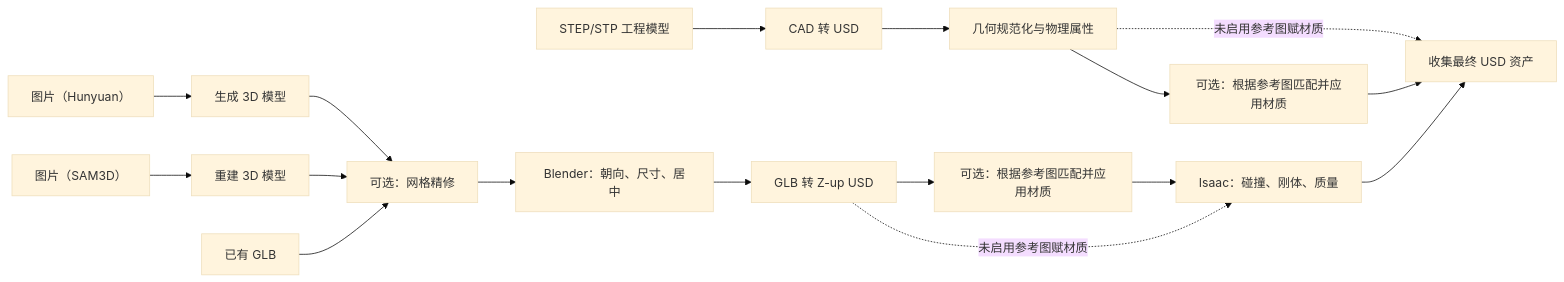
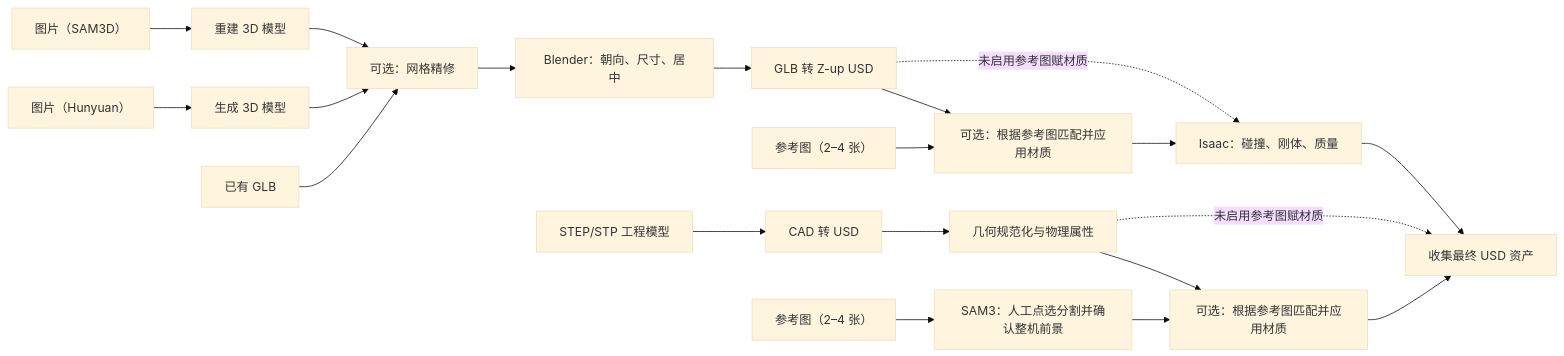
One commit to xia13111-coder/hunyuan_creation_pipeline changed the diagram in docs/assets/diagrams/pipeline-flow.zh.mmd. Above: the diagram before and after it, drawn with Mermaid (base theme). The commit also changed 53 other files, not shown here.

```diff
--- a/docs/assets/diagrams/pipeline-flow.zh.mmd
+++ b/docs/assets/diagrams/pipeline-flow.zh.mmd
@@ -1,19 +1,22 @@
 flowchart LR
     H[图片（Hunyuan）] --> HG[生成 3D 模型]
     HG --> R[可选：网格精修]
     S[图片（SAM3D）] --> SG[重建 3D 模型]
     SG --> R
     E[已有 GLB] --> R
     R --> B[Blender：朝向、尺寸、居中]
     B --> U[GLB 转 Z-up USD]
     U --> GV[可选：根据参考图匹配并应用材质]
+    GVI[参考图（2–4 张）] --> GV
     GV --> P[Isaac：碰撞、刚体、质量]
     U -. 未启用参考图赋材质 .-> P
 
     C[STEP/STP 工程模型] --> CU[CAD 转 USD]
     CU --> CP[几何规范化与物理属性]
     CP --> CV[可选：根据参考图匹配并应用材质]
+    VI[参考图（2–4 张）] --> SM[SAM3：人工点选分割并确认整机前景]
+    SM --> CV
 
     CP -. 未启用参考图赋材质 .-> F
     CV --> F
     P --> F[收集最终 USD 资产]
```
